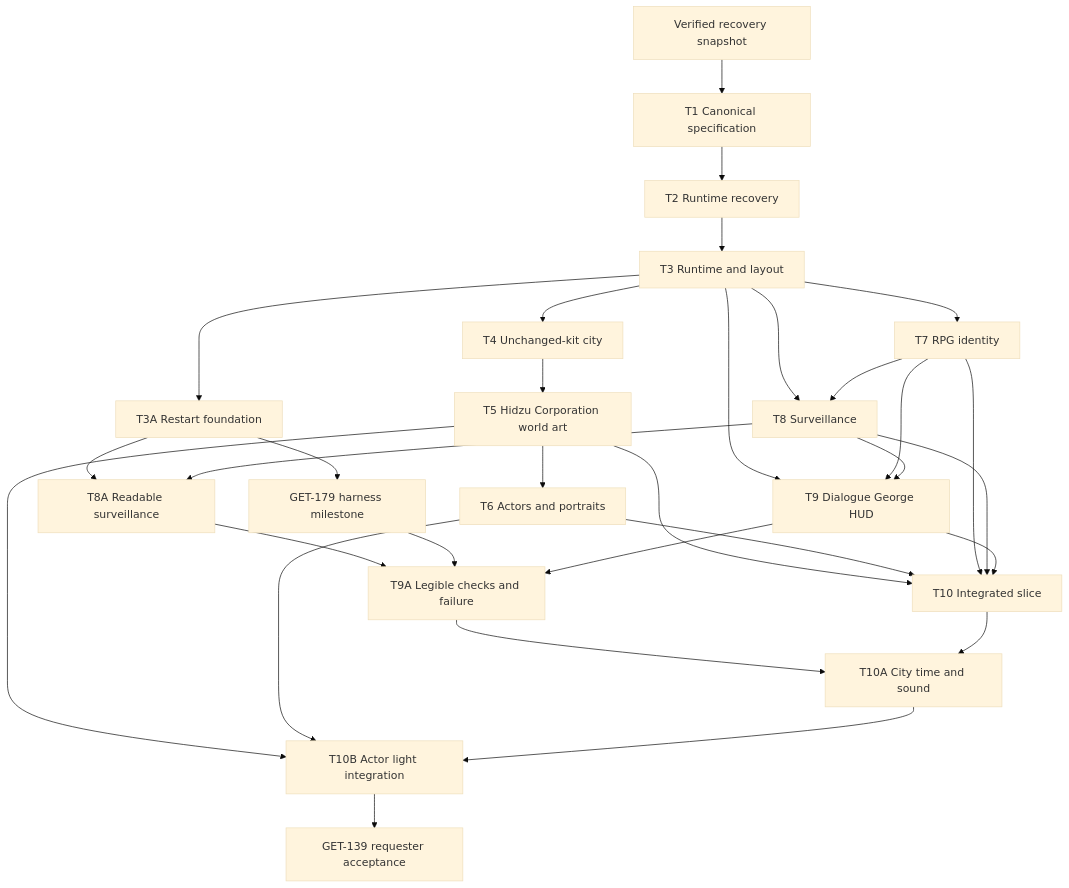
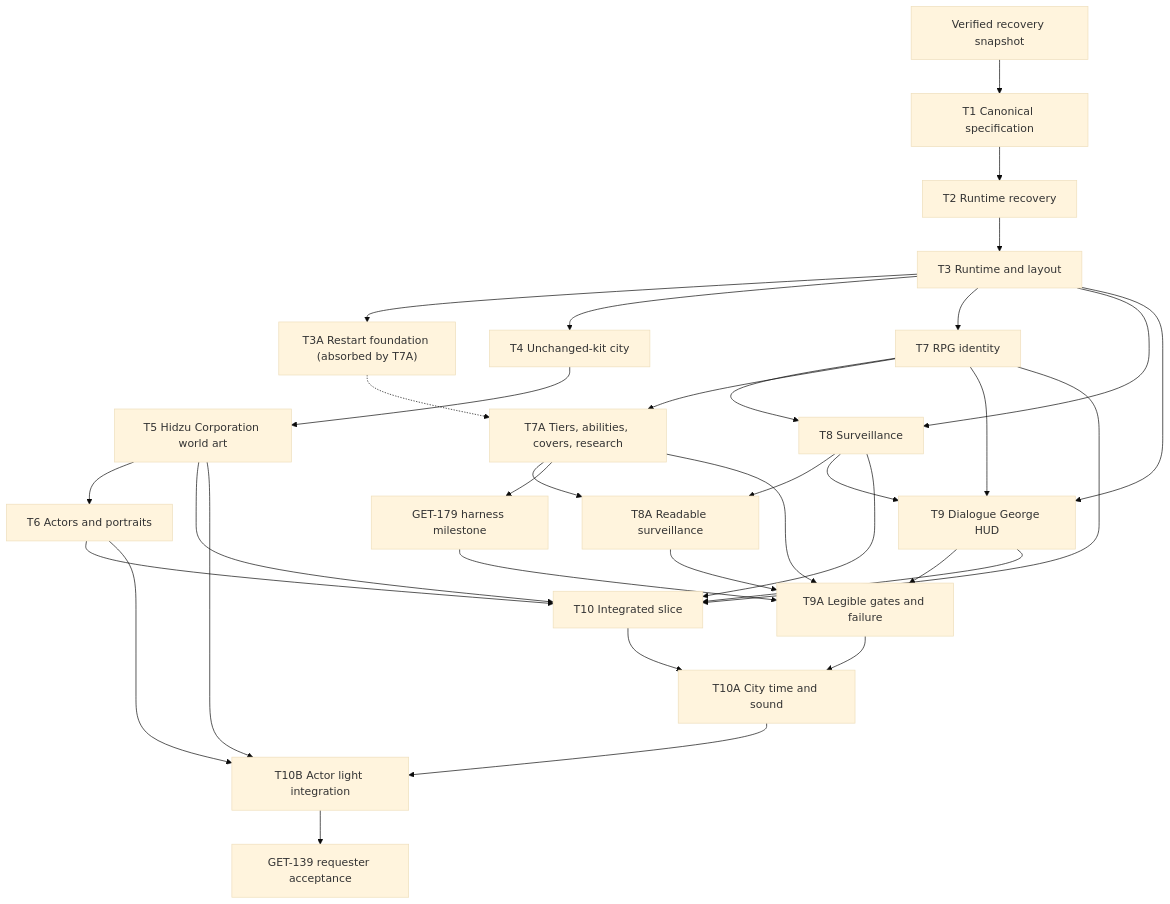
The diagram in memory-bank/04 Engineering/Roadmap.md (deus42/the-getaway), drawn with Mermaid (base theme) before and after one commit. The commit also changed other lines of this file and 25 other files, not shown here.

Commit message:
docs(GET-201): pivot Level 0 to tiers, abilities, covers, and research

````diff
--- a/memory-bank/04 Engineering/Roadmap.md
+++ b/memory-bank/04 Engineering/Roadmap.md
@@ -389,33 +416,36 @@
 ```mermaid
 flowchart TD
   S["Verified recovery snapshot"] --> T1["T1 Canonical specification"]
   T1 --> T2["T2 Runtime recovery"]
   T2 --> T3["T3 Runtime and layout"]
-  T3 --> T3A["T3A Restart foundation"]
+  T3 --> T3A["T3A Restart foundation (absorbed by T7A)"]
   T3 --> T4["T4 Unchanged-kit city"]
   T4 --> T5["T5 Hidzu Corporation world art"]
   T5 --> T6["T6 Actors and portraits"]
   T3 --> T7["T7 RPG identity"]
   T3 --> T8["T8 Surveillance"]
   T7 --> T8
-  T3A --> T8A["T8A Readable surveillance"]
+  T7 --> T7A["T7A Tiers, abilities, covers, research"]
+  T3A -.-> T7A
+  T7A --> T8A["T8A Readable surveillance"]
   T8 --> T8A
-  T3A --> H["GET-179 harness milestone"]
+  T7A --> H["GET-179 harness milestone"]
   T3 --> T9["T9 Dialogue George HUD"]
   T7 --> T9
   T8 --> T9
-  T8A --> T9A["T9A Legible checks and failure"]
+  T8A --> T9A["T9A Legible gates and failure"]
+  T7A --> T9A
   H --> T9A
   T9 --> T9A
   T5 --> T10["T10 Integrated slice"]
   T6 --> T10
   T7 --> T10
   T8 --> T10
   T9 --> T10
   T9A --> T10A["T10A City time and sound"]
   T10 --> T10A
   T5 --> T10B["T10B Actor light integration"]
   T6 --> T10B
   T10A --> T10B["T10B Actor light integration"]
   T10B --> P["GET-139 requester acceptance"]
 ```
````
